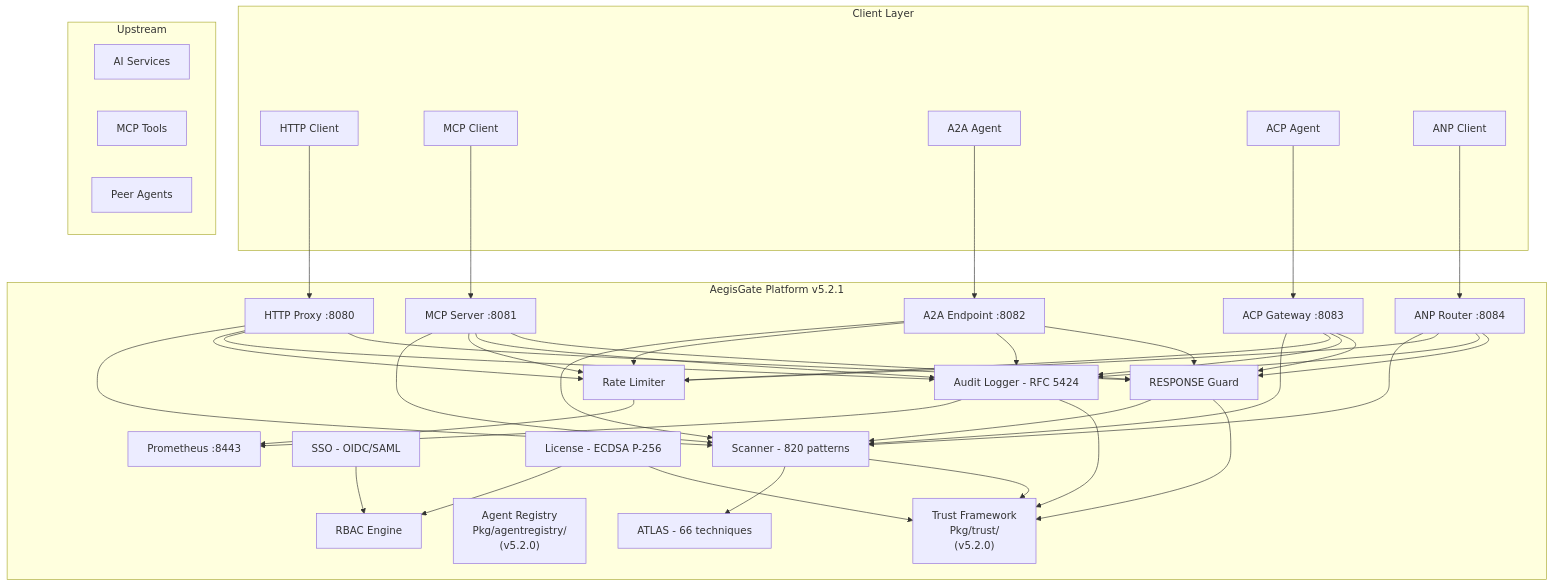
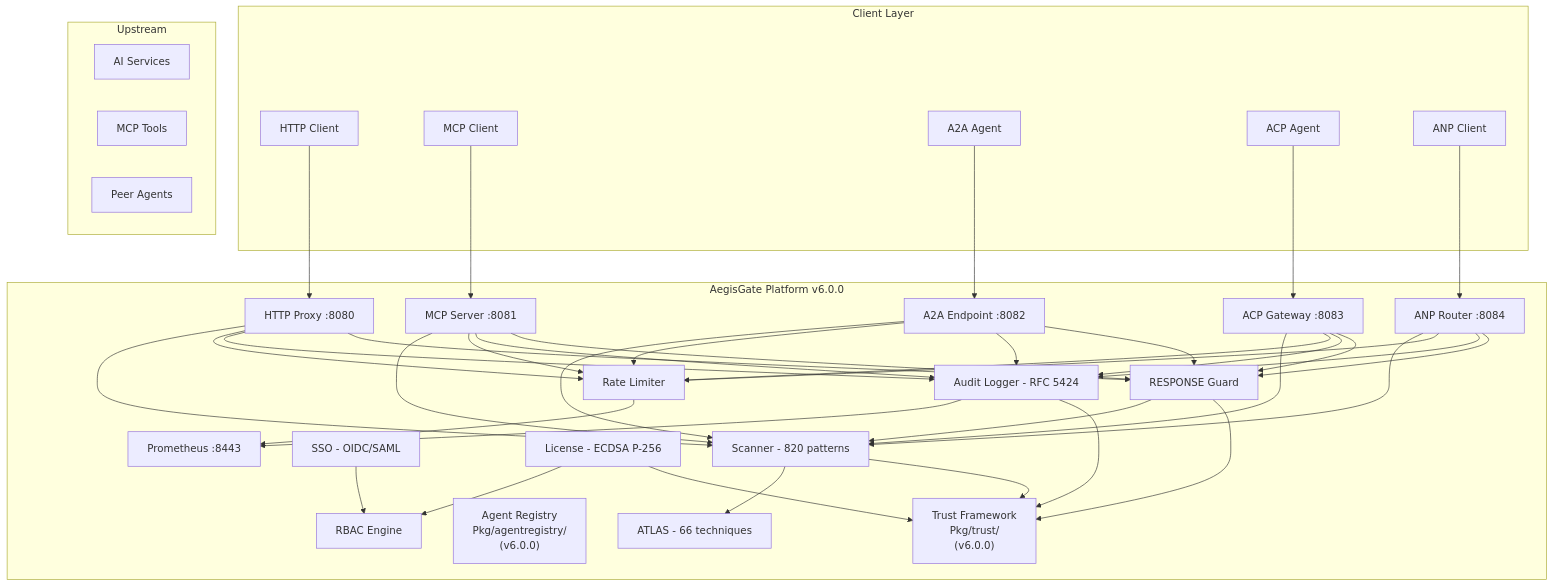
Before and after one commit to aegisgatesecurity/aegisgate-site: the diagram in content/tech.md, drawn with Mermaid. The commit also changed other lines of this file and 15 other files, not shown here.

```diff
--- a/content/tech.md
+++ b/content/tech.md
@@ -12,62 +12,62 @@
 {{< mermaid >}}
 flowchart TB
     subgraph Client["Client Layer"]
         A["HTTP Client"]
         B["MCP Client"]
         C["A2A Agent"]
         D["ACP Agent"]
         E["ANP Client"]
     end
 
-    subgraph AegisGate["AegisGate Platform v5.2.1"]
+    subgraph AegisGate["AegisGate Platform v6.0.0"]
         G["HTTP Proxy :8080"]
         H["MCP Server :8081"]
         I["A2A Endpoint :8082"]
         J["ACP Gateway :8083"]
         K["ANP Router :8084"]
         L["RESPONSE Guard"]
-        TR["Trust Framework\nPkg/trust/\n(v5.2.0)"]
-        AR["Agent Registry\nPkg/agentregistry/\n(v5.2.0)"]
+        TR["Trust Framework\nPkg/trust/\n(v6.0.0)"]
+        AR["Agent Registry\nPkg/agentregistry/\n(v6.0.0)"]
 
         M["Scanner - 820 patterns"]
         N["ATLAS - 66 techniques"]
         O["Rate Limiter"]
         P["Audit Logger - RFC 5424"]
 
         Q["SSO - OIDC/SAML"]
         R["RBAC Engine"]
         S["License - ECDSA P-256"]
 
         T["Prometheus :8443"]
     end
 
     subgraph Upstream["Upstream"]
         U["AI Services"]
         V["MCP Tools"]
         W["Peer Agents"]
     end
 
     A --> G
     B --> H
     C --> I
     D --> J
     E --> K
 
     G --> M & O & P & L
     H --> M & O & P & L
     I --> M & O & P & L
     J --> M & O & P & L
     K --> M & O & P & L
 
     M --> N
     L --> M
     O --> T
     P --> T
     Q --> R
     S --> R
 
     M --> TR
     L --> TR
     P --> TR
     S --> TR
 {{< /mermaid >}}
```
